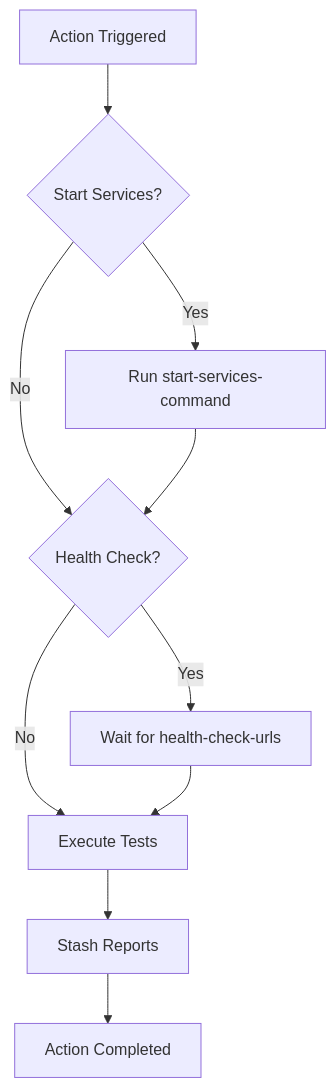
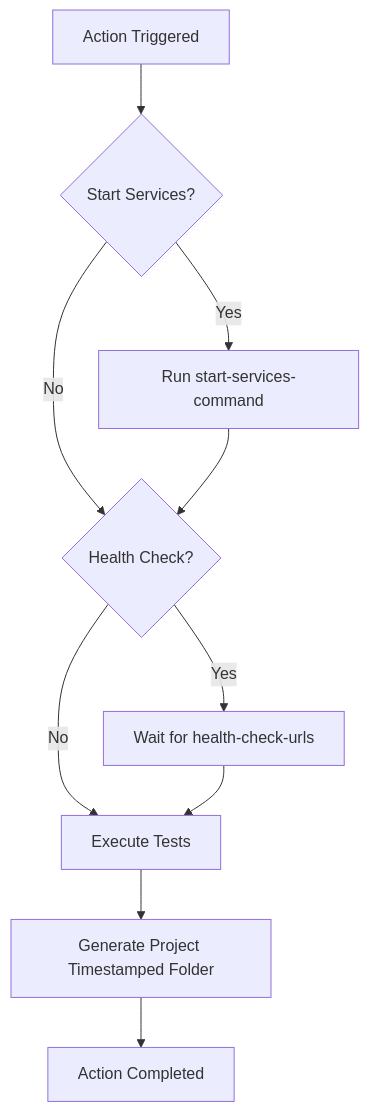
The diagram in docs/actions/run-tests.md (carlos-camara/qa-hub-actions), drawn with Mermaid before and after one commit. The commit also changed other lines of this file and 7 other files, not shown here.

````diff
--- a/docs/actions/run-tests.md
+++ b/docs/actions/run-tests.md
@@ -15,12 +15,12 @@
 ```mermaid
 graph TD
     A[Action Triggered] --> B{Start Services?}
     B -- Yes --> C[Run start-services-command]
     B -- No --> D{Health Check?}
     C --> D
     D -- Yes --> E[Wait for health-check-urls]
     D -- No --> F[Execute Tests]
     E --> F
-    F --> G[Stash Reports]
+    F --> G[Generate Project Timestamped Folder]
     G --> H[Action Completed]
 ```
````
